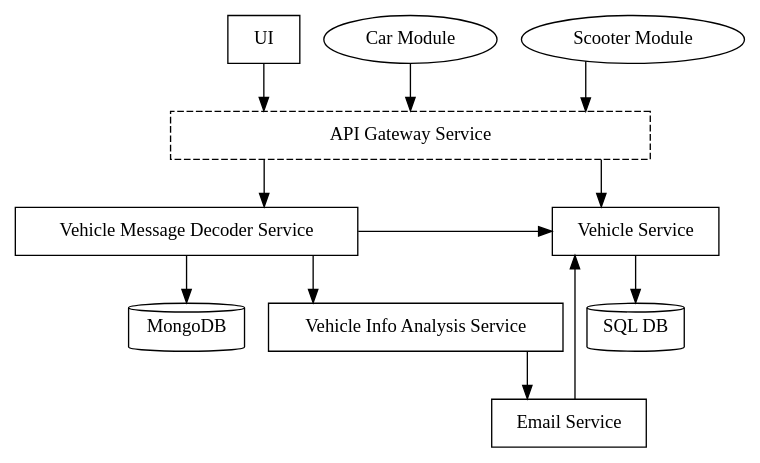
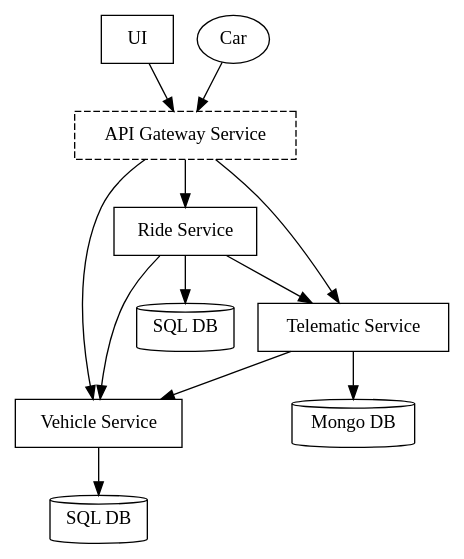
The diagram in services.dot (Pritilender/master-thesis), drawn with Graphviz before and after one commit. The commit also changed 1 other file, not shown here.

Commit message:
Update services diagram

```diff
--- a/services.dot
+++ b/services.dot
@@ -1,34 +1,33 @@
 digraph G {
-    splines=ortho
-
     /* Entities */
     ui [label="UI", shape="rect"]
-    car [label="Car Module", shape=""]
-    scooter [label="Scooter Module", shape=""]
+    car [label="Car", shape=""]
+    
+    vehicleService [label="Vehicle Service", shape="rect", group="vehicle"]
+    vehicleDb [label="SQL DB", shape="cylinder", group="vehicle"]
 
-    vehicles [label="Vehicle Service", shape="rect", group="vehicle"]
-    vehiclesDb [label="SQL DB", shape="cylinder", group="vehicle"]
-    decoder [label="Vehicle Message Decoder Service", shape="rect", group="decoder"]
-    decoderDb [label="MongoDB", shape="cylinder", group="decoder"]
-    analysis [label="Vehicle Info Analysis Service", shape="rect"]
-    email [label="Email Service", shape="rect"]
+    rideService [label="Ride Service", shape="rect", group="ride"]
+    rideDb [label="SQL DB", shape="cylinder", group="ride"]
 
-    apiGateway [label="API Gateway Service", shape="rect", width=5, style="dashed"]
+    telematicsService [label="Telematic Service", shape="rect", group="telematics"]
+    telematicsDb [label="Mongo DB", shape="cylinder", group="telematics"]
+
+    apiGateway [label="API Gateway Service", shape="rect", style="dashed"]
     
     /* Relationships */
     ui -> apiGateway // Vehicle Info, Messages
     car -> apiGateway // Car Info Message
-    scooter -> apiGateway // Scooter Info Message
-    apiGateway -> decoder // New Message, List all Messages
-    apiGateway -> vehicles // CRUD Operations for Vehicles
-    decoder -> vehicles // Update Vehicle
-    decoder -> analysis // Analyse Message for Known Patterns (e.g. Fuel Level Alert)
-    analysis -> email // Send Email for Found Pattern
-    email -> vehicles // Vehicle Info
 
-    decoder -> decoderDb
-    vehicles -> vehiclesDb
+    vehicleService -> vehicleDb
 
-    { rank=same ui car scooter }
-    { rank=same vehicles decoder }
+    telematicsService -> vehicleService
+    telematicsService -> telematicsDb
+    
+    apiGateway -> rideService
+    apiGateway -> vehicleService
+    apiGateway -> telematicsService
+
+    rideService -> rideDb
+    rideService -> vehicleService
+    rideService -> telematicsService
 }
```
